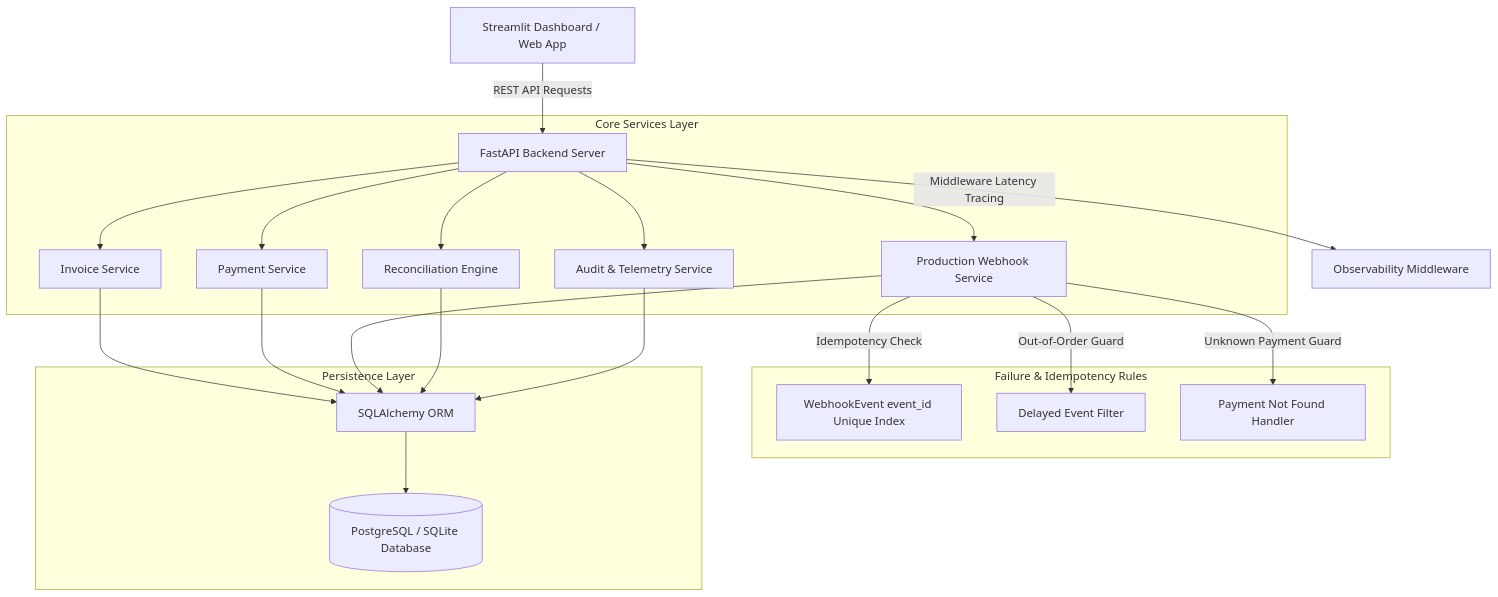
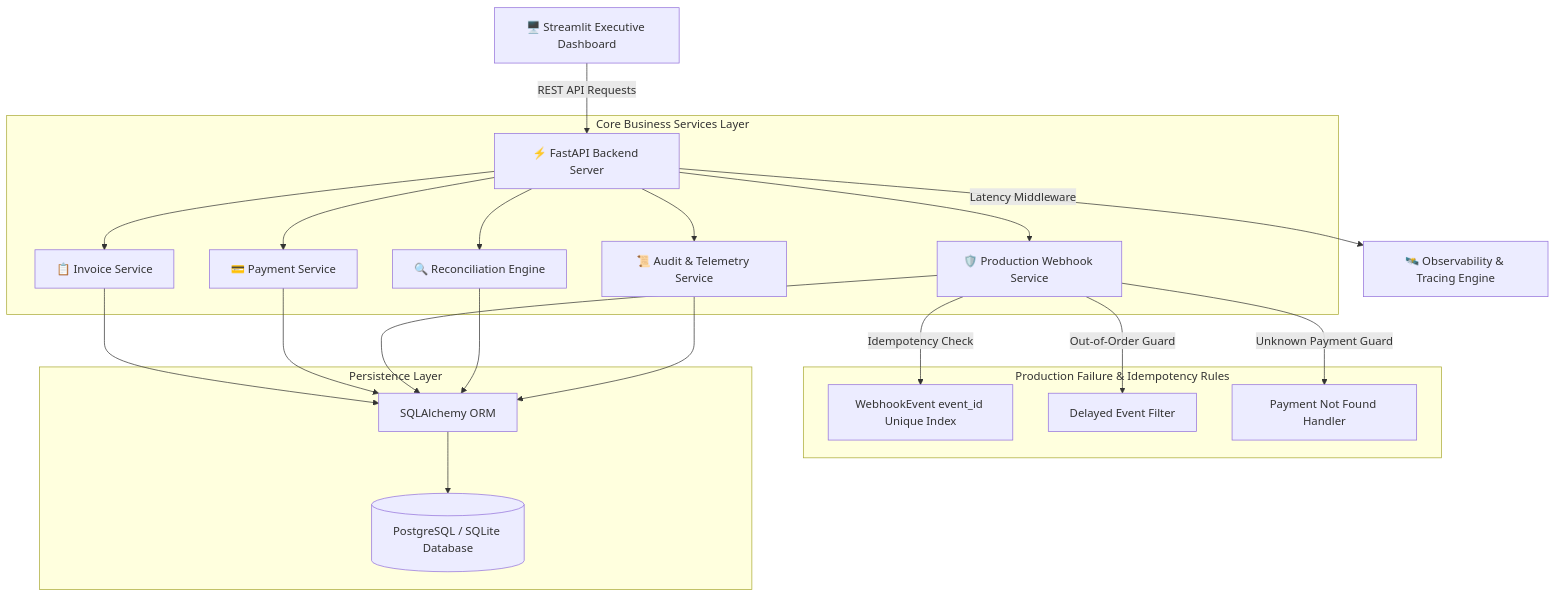
The diagram in README.md (Dhanya562004/pulsepay-healthcare-reconciliation), drawn with Mermaid before and after one commit. The commit also changed other lines of this file, not shown here.

Commit message:
docs: Update README.md with live Streamlit Cloud link, shields badges, and enhanced architecture docs

````diff
--- a/README.md
+++ b/README.md
@@ -17,28 +45,28 @@
 ```mermaid
 graph TD
-    UI[Streamlit Dashboard / Web App] -->|REST API Requests| API[FastAPI Backend Server]
-    API -->|Middleware Latency Tracing| OBS[Observability Middleware]
+    UI[🖥️ Streamlit Executive Dashboard] -->|REST API Requests| API[⚡ FastAPI Backend Server]
+    API -->|Latency Middleware| OBS[🛰️ Observability & Tracing Engine]
     
-    subgraph Core Services Layer
-        API --> INV_S[Invoice Service]
-        API --> PAY_S[Payment Service]
-        API --> WH_S[Production Webhook Service]
-        API --> REC_S[Reconciliation Engine]
-        API --> AUD_S[Audit & Telemetry Service]
+    subgraph Core Business Services Layer
+        API --> INV_S[📋 Invoice Service]
+        API --> PAY_S[💳 Payment Service]
+        API --> WH_S[🛡️ Production Webhook Service]
+        API --> REC_S[🔍 Reconciliation Engine]
+        API --> AUD_S[📜 Audit & Telemetry Service]
     end
 
-    subgraph Failure & Idempotency Rules
+    subgraph Production Failure & Idempotency Rules
         WH_S -->|Idempotency Check| IDEM[WebhookEvent event_id Unique Index]
         WH_S -->|Out-of-Order Guard| OO[Delayed Event Filter]
         WH_S -->|Unknown Payment Guard| UP[Payment Not Found Handler]
     end
 
     subgraph Persistence Layer
         INV_S --> ORM[SQLAlchemy ORM]
         PAY_S --> ORM
         WH_S --> ORM
         REC_S --> ORM
         AUD_S --> ORM
         ORM --> DB[(PostgreSQL / SQLite Database)]
     end
 ```
````
